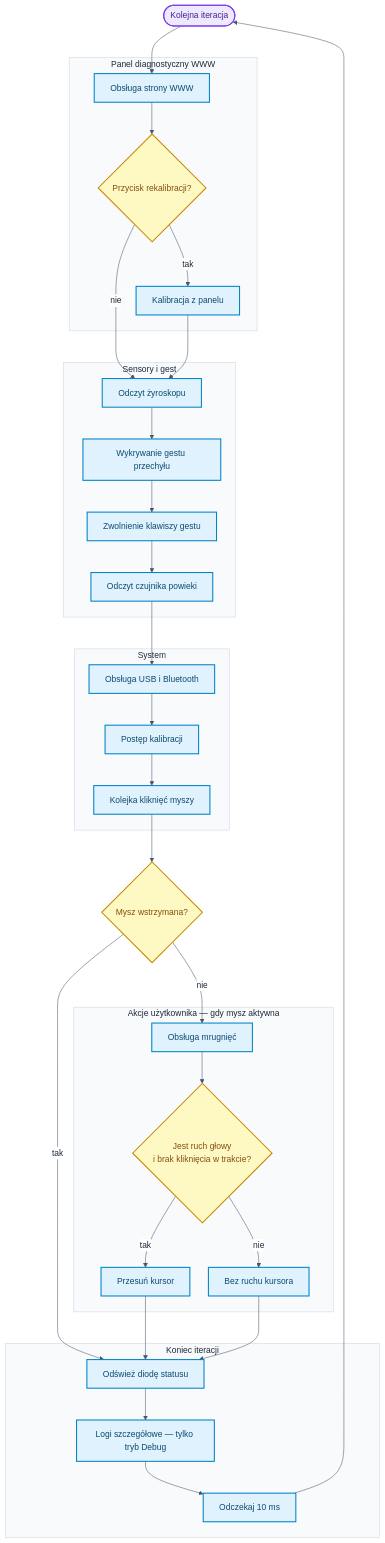
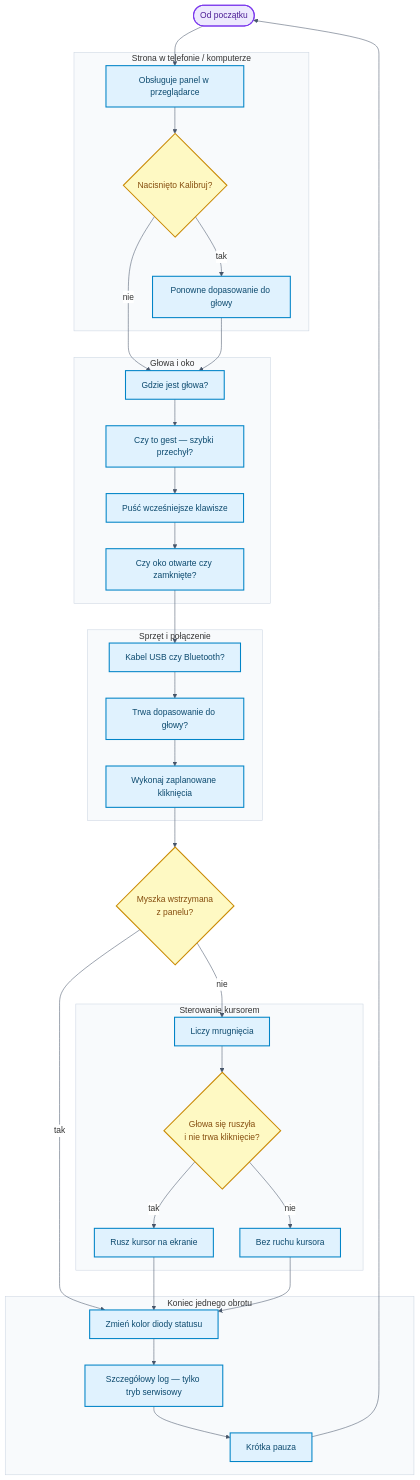
The third of 10 diagrams in README.md (bartkadres-ai/HEFAS-4.0), drawn with Mermaid before and after one commit. The commit also changed other lines of this file, not shown here.

````diff
--- a/README.md
+++ b/README.md
@@ -346,67 +348,67 @@
 ```mermaid
-%%{init: {"theme":"base","themeVariables":{"background":"#ffffff","mainBkg":"#ffffff","secondaryColor":"#ffffff","tertiaryColor":"#ffffff","primaryColor":"#ffffff","primaryTextColor":"#1e293b","secondaryTextColor":"#1e293b","tertiaryTextColor":"#1e293b","primaryBorderColor":"#64748b","lineColor":"#475569","clusterBkg":"#f8fafc","clusterBorder":"#cbd5e1","edgeLabelBackground":"#ffffff","textColor":"#1e293b"},"themeCSS":".mermaid,.mermaid svg{background-color:#ffffff!important;padding:8px}.nodeLabel,.edgeLabel,.label,.cluster-label{color:#1e293b!important}.cluster rect{fill:#f8fafc!important;stroke:#cbd5e1!important}","flowchart":{"curve":"basis","nodeSpacing":35,"rankSpacing":60}}}%%
+%%{init: { 'theme': 'default', 'themeVariables': { 'darkMode': false, 'background': '#ffffff', 'mainBkg': '#ffffff', 'primaryColor': '#ffffff', 'secondaryColor': '#ffffff', 'tertiaryColor': '#ffffff', 'primaryTextColor': '#1e293b', 'lineColor': '#475569', 'clusterBkg': '#f8fafc', 'clusterBorder': '#cbd5e1', 'edgeLabelBackground': '#ffffff', 'noteBkgColor': '#f8fafc', 'noteTextColor': '#475569' }}}%%
 flowchart TD
-    START([Kolejna iteracja]) --> W1
+    START([Od początku]) --> W1
 
-    subgraph WEBDBG["Panel diagnostyczny WWW"]
-        W1[Obsługa strony WWW]
-        W2{Przycisk rekalibracji?}
-        W3[Kalibracja z panelu]
+    subgraph WEBDBG["Strona w telefonie / komputerze"]
+        W1[Obsługuje panel w przeglądarce]
+        W2{Nacisnięto Kalibruj?}
+        W3[Ponowne dopasowanie do głowy]
         W1 --> W2
         W2 -->|tak| W3
     end
 
     W2 -->|nie| S1
     W3 --> S1
 
-    subgraph SENS["Sensory i gest"]
-        S1[Odczyt żyroskopu]
-        S2[Wykrywanie gestu przechyłu]
-        S3[Zwolnienie klawiszy gestu]
-        S4[Odczyt czujnika powieki]
+    subgraph SENS["Głowa i oko"]
+        S1[Gdzie jest głowa?]
+        S2[Czy to gest — szybki przechył?]
+        S3[Puść wcześniejsze klawisze]
+        S4[Czy oko otwarte czy zamknięte?]
         S1 --> S2 --> S3 --> S4
     end
 
     S4 --> Y1
 
-    subgraph SYS["System"]
-        Y1[Obsługa USB i Bluetooth]
-        Y2[Postęp kalibracji]
-        Y3[Kolejka kliknięć myszy]
+    subgraph SYS["Sprzęt i połączenie"]
+        Y1[Kabel USB czy Bluetooth?]
+        Y2[Trwa dopasowanie do głowy?]
+        Y3[Wykonaj zaplanowane kliknięcia]
         Y1 --> Y2 --> Y3
     end
 
-    Y3 --> PAUZA{Mysz wstrzymana?}
+    Y3 --> PAUZA{Myszka wstrzymana<br/>z panelu?}
 
     PAUZA -->|nie| A1
     PAUZA -->|tak| L1
 
-    subgraph ACT["Akcje użytkownika — gdy mysz aktywna"]
-        A1[Obsługa mrugnięć]
-        A2{Jest ruch głowy<br/>i brak kliknięcia w trakcie?}
-        A3[Przesuń kursor]
+    subgraph ACT["Sterowanie kursorem"]
+        A1[Liczy mrugnięcia]
+        A2{Głowa się ruszyła<br/>i nie trwa kliknięcie?}
+        A3[Rusz kursor na ekranie]
         A4[Bez ruchu kursora]
         A1 --> A2
         A2 -->|tak| A3
         A2 -->|nie| A4
     end
 
     A3 --> L1
     A4 --> L1
 
-    subgraph KONIEC["Koniec iteracji"]
-        L1[Odśwież diodę statusu]
-        L2[Logi szczegółowe — tylko tryb Debug]
-        L3[Odczekaj 10 ms]
+    subgraph KONIEC["Koniec jednego obrotu"]
+        L1[Zmień kolor diody statusu]
+        L2[Szczegółowy log — tylko tryb serwisowy]
+        L3[Krótka pauza]
         L1 --> L2 --> L3
     end
 
     L3 --> START
 
     classDef startEnd fill:#ede9fe,stroke:#7c3aed,stroke-width:2px,color:#4c1d95
     classDef process fill:#e0f2fe,stroke:#0284c7,stroke-width:2px,color:#0c4a6e
     classDef decision fill:#fef9c3,stroke:#ca8a04,stroke-width:2px,color:#854d0e
     class START startEnd
     class W1,W3,S1,S2,S3,S4,Y1,Y2,Y3,A1,A3,A4,L1,L2,L3 process
     class W2,PAUZA,A2 decision
 ```
````
